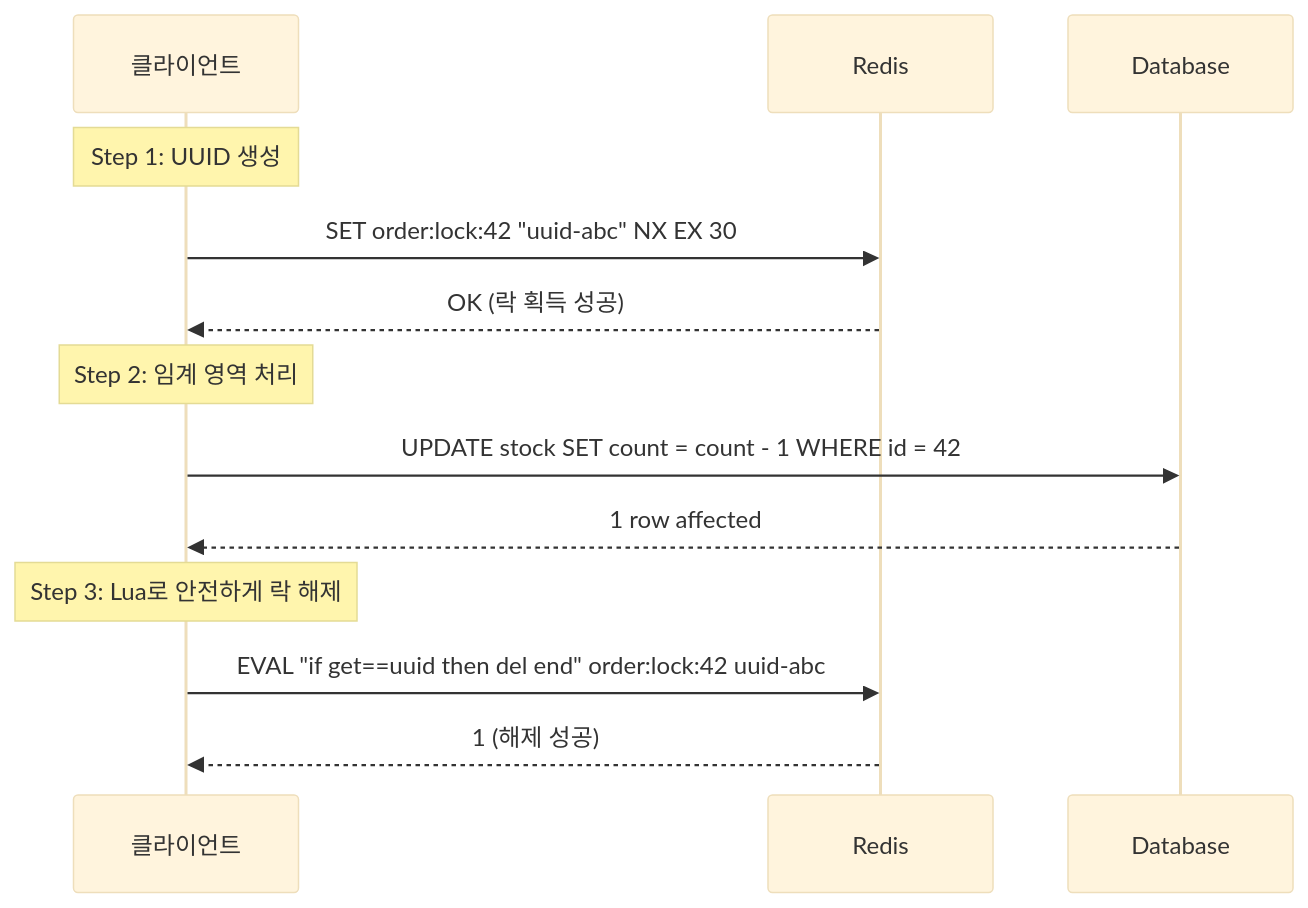
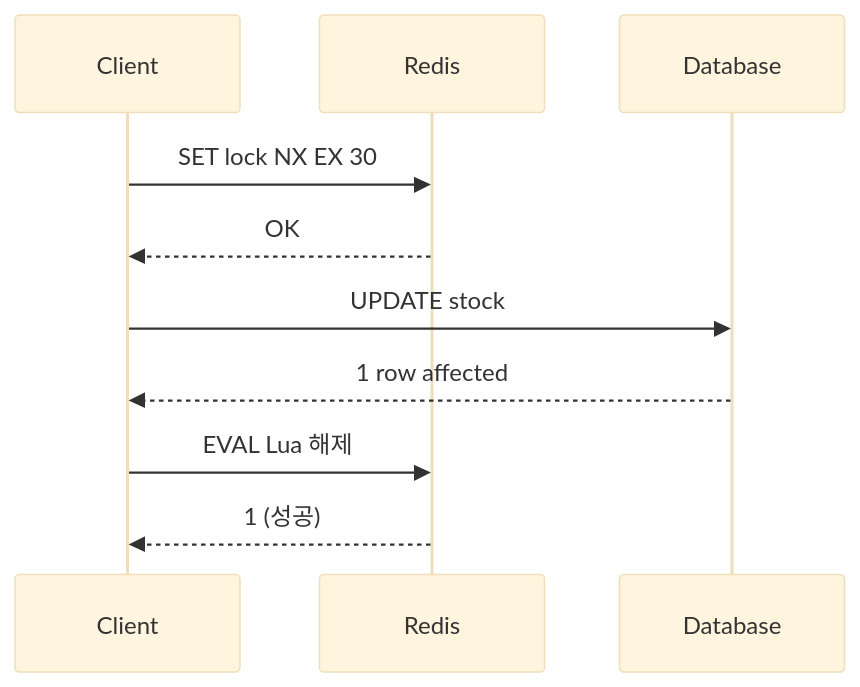
The second of 15 diagrams in _posts/redis/2026-05-01-redis-distributed-lock.md (yjkim2015/yjkim2015.github.io), drawn with Mermaid (base theme) before and after one commit. The commit also changed other lines of this file and 155 other files, not shown here.

First line of the commit message:
Mermaid 전면 수정: subgraph 제거, participant/노드/줄수 축소 (342블록)

````diff
--- a/_posts/redis/2026-05-01-redis-distributed-lock.md
+++ b/_posts/redis/2026-05-01-redis-distributed-lock.md
@@ -65,15 +65,12 @@
 ```mermaid
 sequenceDiagram
-    participant C as 클라이언트
+    participant C as Client
     participant R as Redis
     participant DB as Database
-    Note over C: Step 1: UUID 생성
-    C->>R: SET order:lock:42 "uuid-abc" NX EX 30
-    R-->>C: OK (락 획득 성공)
-    Note over C: Step 2: 임계 영역 처리
-    C->>DB: UPDATE stock SET count = count - 1 WHERE id = 42
+    C->>R: SET lock NX EX 30
+    R-->>C: OK
+    C->>DB: UPDATE stock
     DB-->>C: 1 row affected
-    Note over C: Step 3: Lua로 안전하게 락 해제
-    C->>R: EVAL "if get==uuid then del end" order:lock:42 uuid-abc
-    R-->>C: 1 (해제 성공)
+    C->>R: EVAL Lua 해제
+    R-->>C: 1 (성공)
 ```
````
